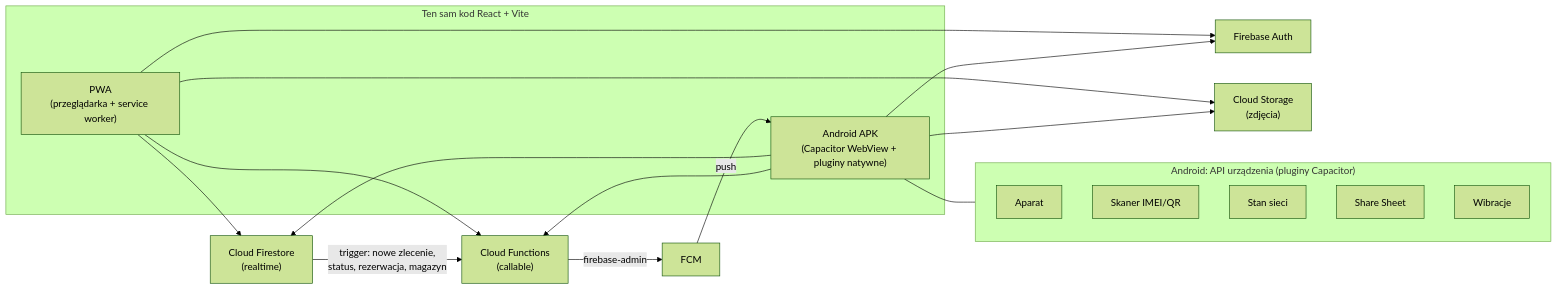
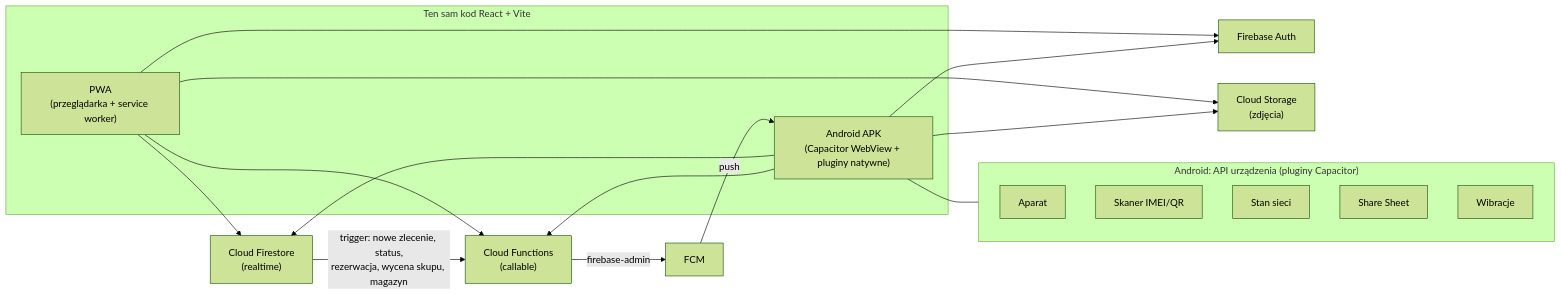
Before and after one commit to frajewski/fonexpertserwis: the diagram in gsm-admin-panel/HYBRID_APP.md, drawn with Mermaid (forest theme). The commit also changed other lines of this file and 38 other files, not shown here.

````diff
--- a/gsm-admin-panel/HYBRID_APP.md
+++ b/gsm-admin-panel/HYBRID_APP.md
@@ -49,29 +53,29 @@
 ```mermaid
 flowchart LR
     subgraph Klient["Ten sam kod React + Vite"]
         PWA["PWA<br/>(przeglądarka + service worker)"]
         APK["Android APK<br/>(Capacitor WebView + pluginy natywne)"]
     end
 
     PWA --> AUTH["Firebase Auth"]
     APK --> AUTH
     PWA --> FS["Cloud Firestore<br/>(realtime)"]
     APK --> FS
     PWA --> ST["Cloud Storage<br/>(zdjęcia)"]
     APK --> ST
     PWA --> CF["Cloud Functions<br/>(callable)"]
     APK --> CF
 
-    FS -- "trigger: nowe zlecenie,<br/>status, rezerwacja, magazyn" --> CF
+    FS -- "trigger: nowe zlecenie, status,<br/>rezerwacja, wycena skupu, magazyn" --> CF
     CF -- "firebase-admin" --> FCM["FCM"]
     FCM -- "push" --> APK
 
     subgraph Telefon["Android: API urządzenia (pluginy Capacitor)"]
         CAM["Aparat"]
         SCAN["Skaner IMEI/QR"]
         NET["Stan sieci"]
         SHARE["Share Sheet"]
         HAP["Wibracje"]
     end
     APK --- Telefon
 ```
````
